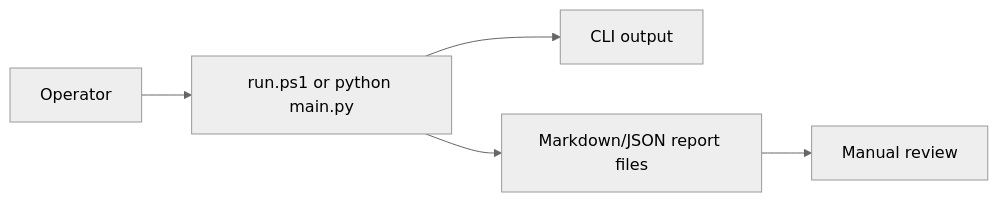
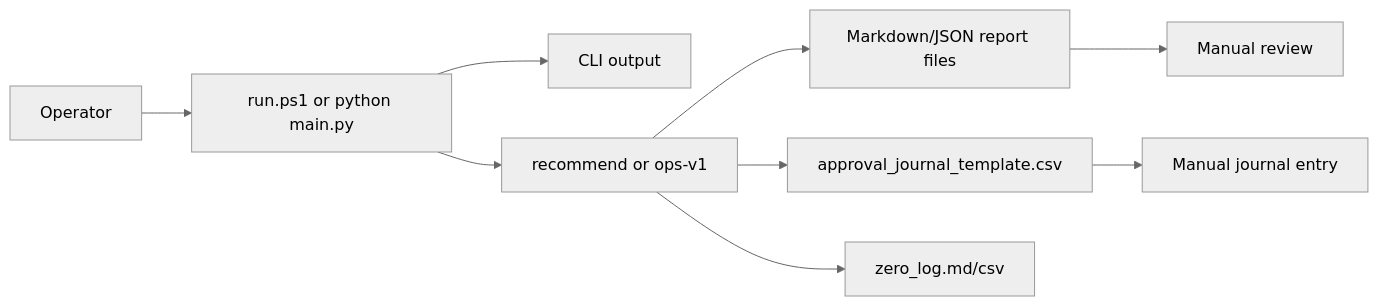
The diagram in docs/UIUX.md (macho715/stock_hermes), drawn with Mermaid (neutral theme) before and after one commit. The commit also changed other lines of this file and 47 other files, not shown here.

````diff
--- a/docs/UIUX.md
+++ b/docs/UIUX.md
@@ -7,7 +7,11 @@
 ```mermaid
 flowchart LR
     Operator[Operator] --> Command[run.ps1 or python main.py]
     Command --> CLI[CLI output]
-    Command --> Report[Markdown/JSON report files]
+    Command --> Recommend[recommend or ops-v1]
+    Recommend --> Report[Markdown/JSON report files]
+    Recommend --> Approval[approval_journal_template.csv]
+    Recommend --> Zero[zero_log.md/csv]
     Report --> Review[Manual review]
+    Approval --> Journal[Manual journal entry]
 ```
````
